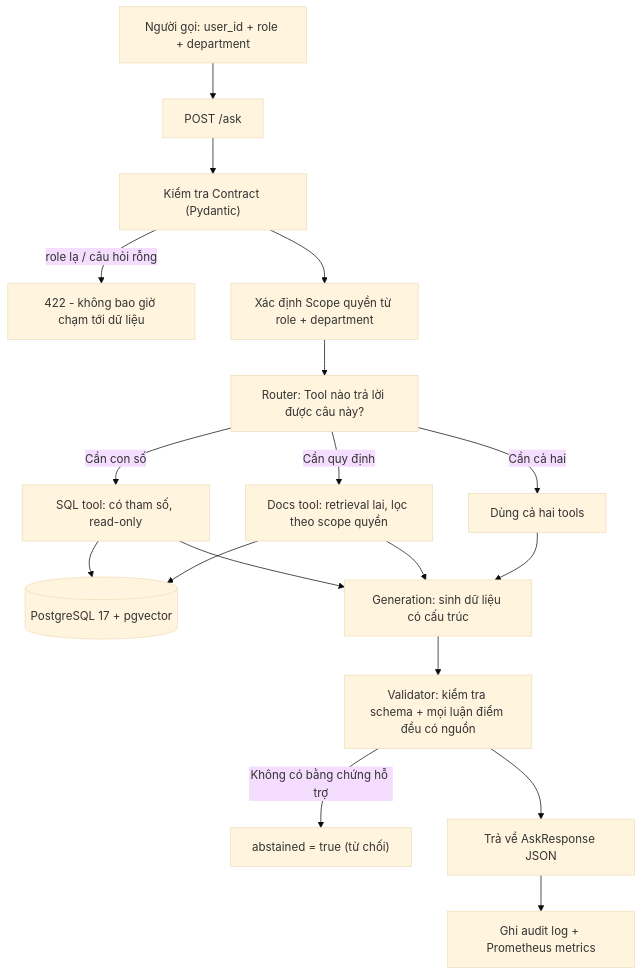
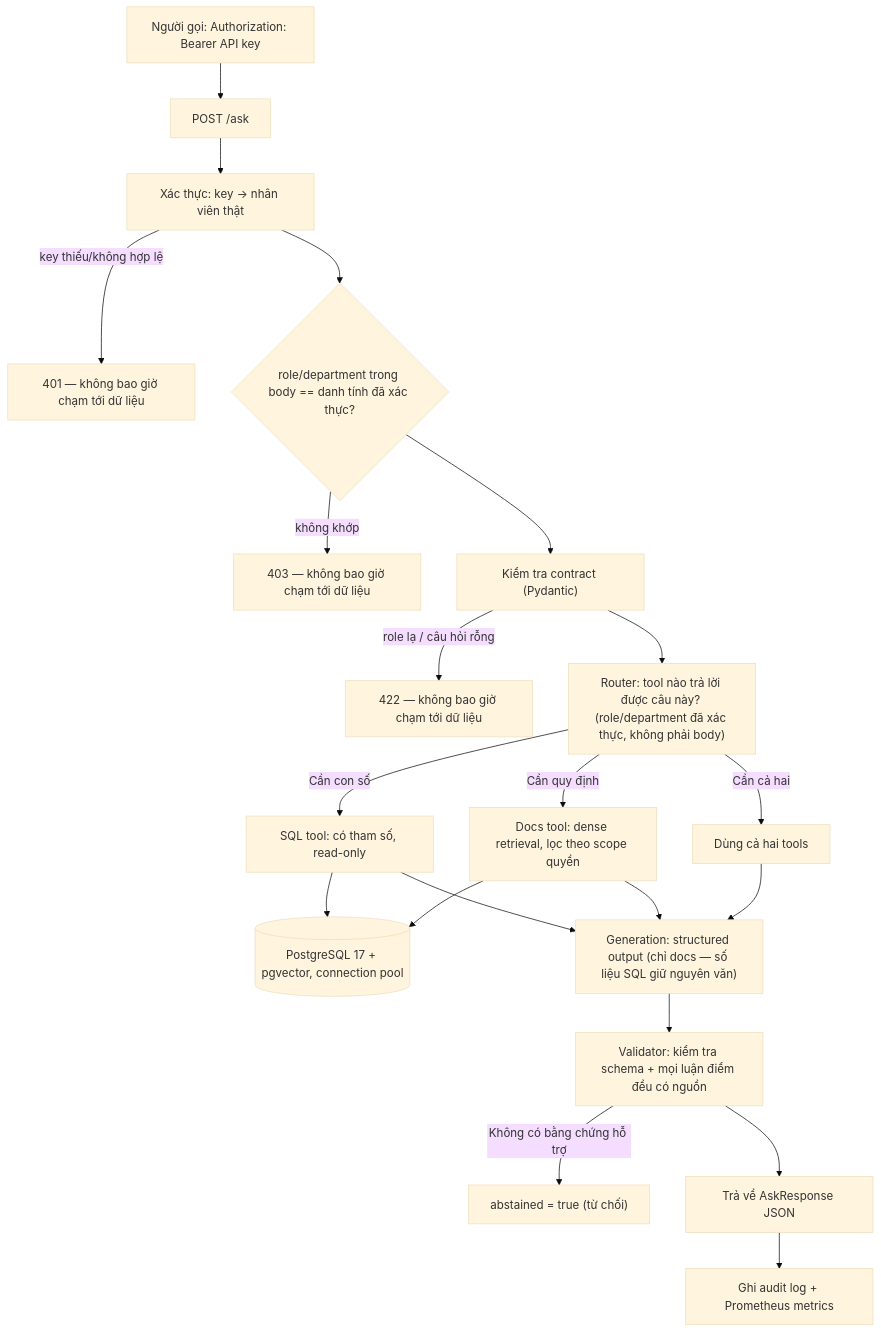
One commit to anhquan1111/enterprise-ai-decision-platform changed the diagram in docs/architecture.vi.md. Above: the diagram before and after it, drawn with Mermaid (base theme). The commit also changed other lines of this file and 12 other files, not shown here.

````diff
--- a/docs/architecture.vi.md
+++ b/docs/architecture.vi.md
@@ -16,20 +16,23 @@
 ```mermaid
 flowchart TB
-    U["Người gọi: user_id + role + department"] --> API["POST /ask"]
-    API --> V["Kiểm tra Contract (Pydantic)"]
-    V -->|"role lạ / câu hỏi rỗng"| R422["422 - không bao giờ chạm tới dữ liệu"]
-    V --> SC["Xác định Scope quyền từ role + department"]
-    SC --> AG["Router: Tool nào trả lời được câu này?"]
+    U["Người gọi: Authorization: Bearer API key"] --> API["POST /ask"]
+    API --> AUTH["Xác thực: key -> nhân viên thật"]
+    AUTH -->|"key thiếu/không hợp lệ"| R401["401 — không bao giờ chạm tới dữ liệu"]
+    AUTH --> MATCH{"role/department trong body == danh tính đã xác thực?"}
+    MATCH -->|không khớp| R403["403 — không bao giờ chạm tới dữ liệu"]
+    MATCH --> V["Kiểm tra contract (Pydantic)"]
+    V -->|"role lạ / câu hỏi rỗng"| R422["422 — không bao giờ chạm tới dữ liệu"]
+    V --> AG["Router: tool nào trả lời được câu này? (role/department đã xác thực, không phải body)"]
     AG -->|Cần con số| T1["SQL tool: có tham số, read-only"]
-    AG -->|Cần quy định| T2["Docs tool: retrieval lai, lọc theo scope quyền"]
+    AG -->|Cần quy định| T2["Docs tool: dense retrieval, lọc theo scope quyền"]
     AG -->|Cần cả hai| T3["Dùng cả hai tools"]
-    T1 --> DB[("PostgreSQL 17 + pgvector")]
+    T1 --> DB[("PostgreSQL 17 + pgvector, connection pool")]
     T2 --> DB
-    T1 --> GEN["Generation: sinh dữ liệu có cấu trúc"]
+    T1 --> GEN["Generation: structured output (chỉ docs — số liệu SQL giữ nguyên văn)"]
     T2 --> GEN
     T3 --> GEN
     GEN --> VAL["Validator: kiểm tra schema + mọi luận điểm đều có nguồn"]
     VAL -->|"Không có bằng chứng hỗ trợ"| ABS["abstained = true (từ chối)"]
     VAL --> OUT["Trả về AskResponse JSON"]
     OUT --> AUD["Ghi audit log + Prometheus metrics"]
 ```
````
